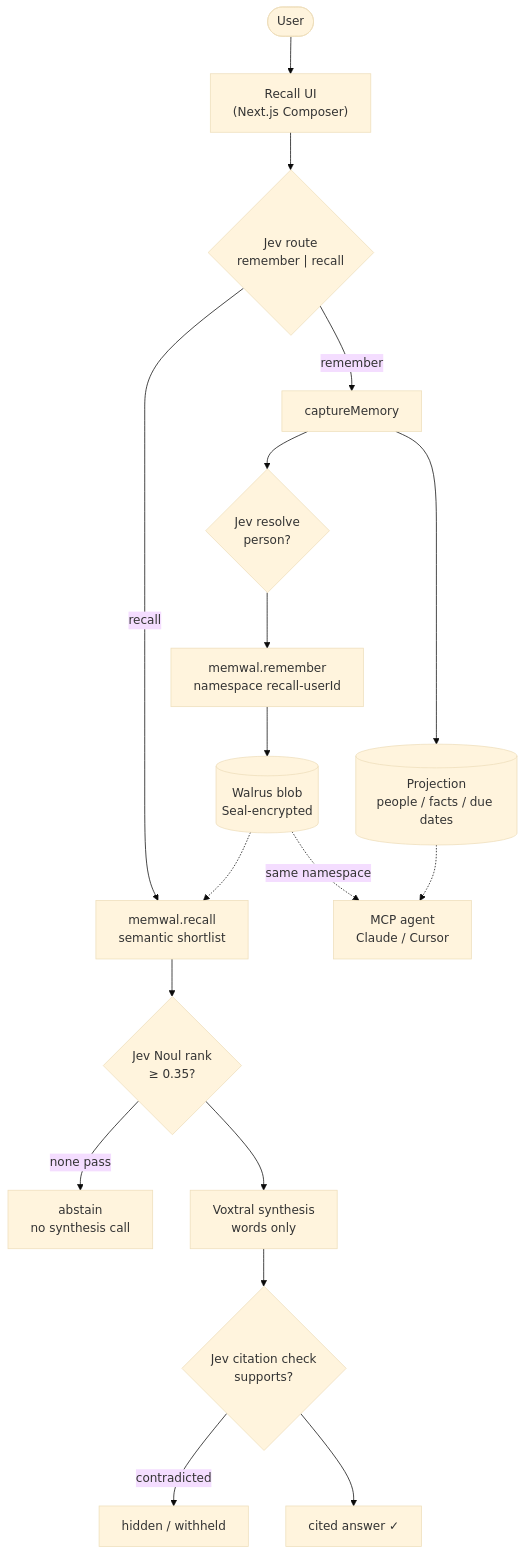
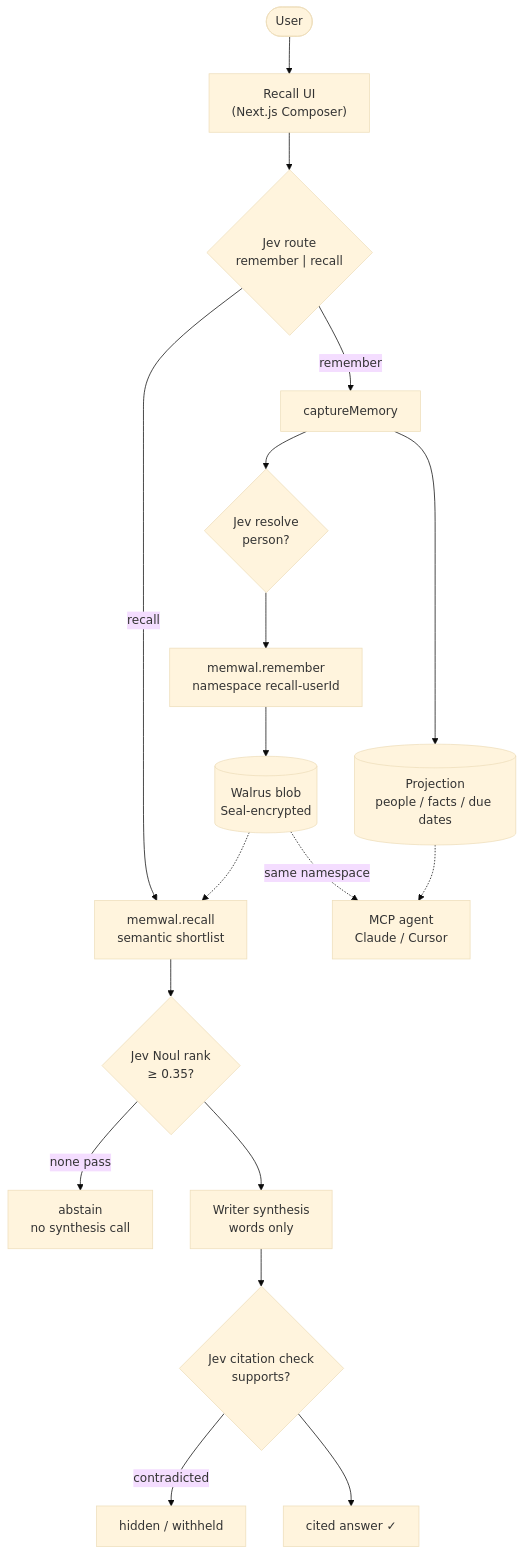
One commit to PhiBao/dejavu changed the diagram in README.md. Above: the diagram before and after it, drawn with Mermaid (base theme). The commit also changed other lines of this file and 3 other files, not shown here.

````diff
--- a/README.md
+++ b/README.md
@@ -154,23 +156,23 @@
 ```mermaid
 flowchart TB
     User(["User"]) --> UI["Recall UI<br/>(Next.js Composer)"]
     UI --> Route{"Jev route<br/>remember | recall"}
 
     Route -->|remember| Cap["captureMemory"]
     Cap --> Person{"Jev resolve<br/>person?"}
     Person --> WalrusW["memwal.remember<br/>namespace recall-userId"]
     WalrusW --> Blob[("Walrus blob<br/>Seal-encrypted")]
     Cap --> Proj[("Projection<br/>people / facts / due dates")]
 
     Route -->|recall| Fast["memwal.recall<br/>semantic shortlist"]
     Blob -.-> Fast
     Fast --> Rank{"Jev Noul rank<br/>≥ 0.35?"}
     Rank -->|none pass| Abstain["abstain<br/>no synthesis call"]
-    Rank --> Synth["Voxtral synthesis<br/>words only"]
+    Rank --> Synth["Writer synthesis<br/>words only"]
     Synth --> Verify{"Jev citation check<br/>supports?"}
     Verify -->|contradicted| Hide["hidden / withheld"]
     Verify --> Cited["cited answer ✓"]
 
     Blob -.->|same namespace| MCP["MCP agent<br/>Claude / Cursor"]
     Proj -.-> MCP
 ```
````
